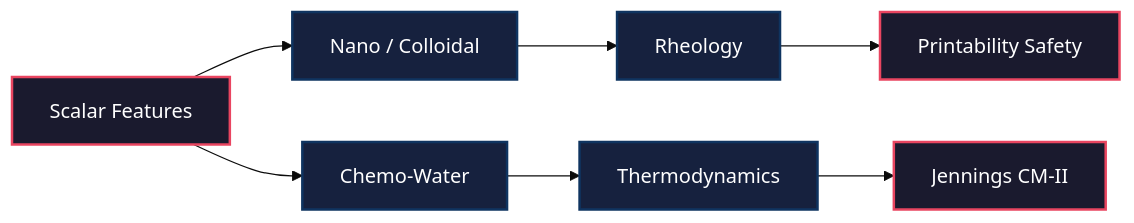
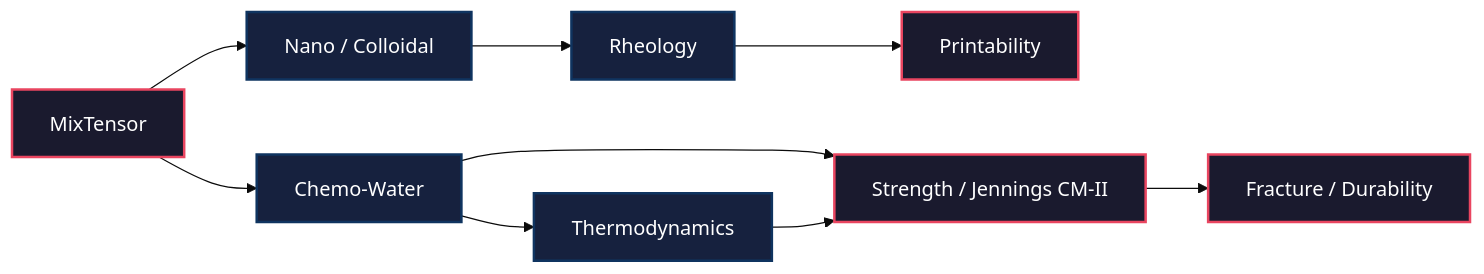
Before and after one commit to tytolabs/umst-concrete-cartridge: the diagram in README.md, drawn with Mermaid (base theme). The commit also changed other lines of this file and 11 other files, not shown here.

````diff
--- a/README.md
+++ b/README.md
@@ -54,14 +40,25 @@
 ```mermaid
 flowchart LR
+    S[MixTensor]
+    Nano[Nano / Colloidal]
+    Chem[Chemo-Water]
+    Rheo[Rheology]
+    Thermo[Thermodynamics]
+    Print[Printability]
+    Strength[Strength / Jennings CM-II]
+    Frac[Fracture / Durability]
+
+    S --> Nano
+    S --> Chem
+    Nano --> Rheo
+    Chem --> Thermo
+    Chem --> Strength
+    Rheo --> Print
+    Thermo --> Strength
+    Strength --> Frac
+
     classDef domain fill:#1a1a2e,stroke:#e94560,stroke-width:2px,color:#fff
     classDef prop fill:#16213e,stroke:#0f3460,stroke-width:2px,color:#fff
-
-    S[Scalar Features]:::domain --> Nano[Nano / Colloidal]:::prop
-    S --> Chem[Chemo-Water]:::prop
-    
-    Nano --> Rheo[Rheology]:::prop
-    Chem --> Thermo[Thermodynamics]:::prop
-    
-    Rheo --> Print[Printability Safety]:::domain
-    Thermo --> Strength[Jennings CM-II]:::domain
+    class S,Print,Strength,Frac domain
+    class Nano,Chem,Rheo,Thermo prop
 ```
````
